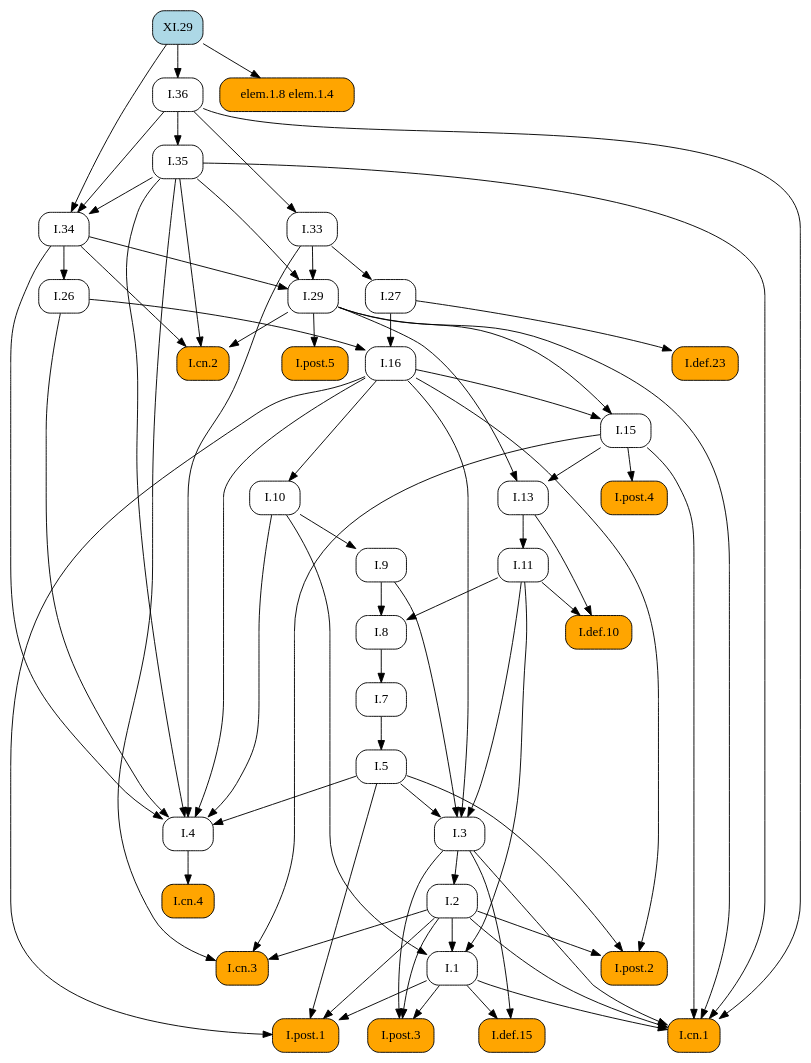
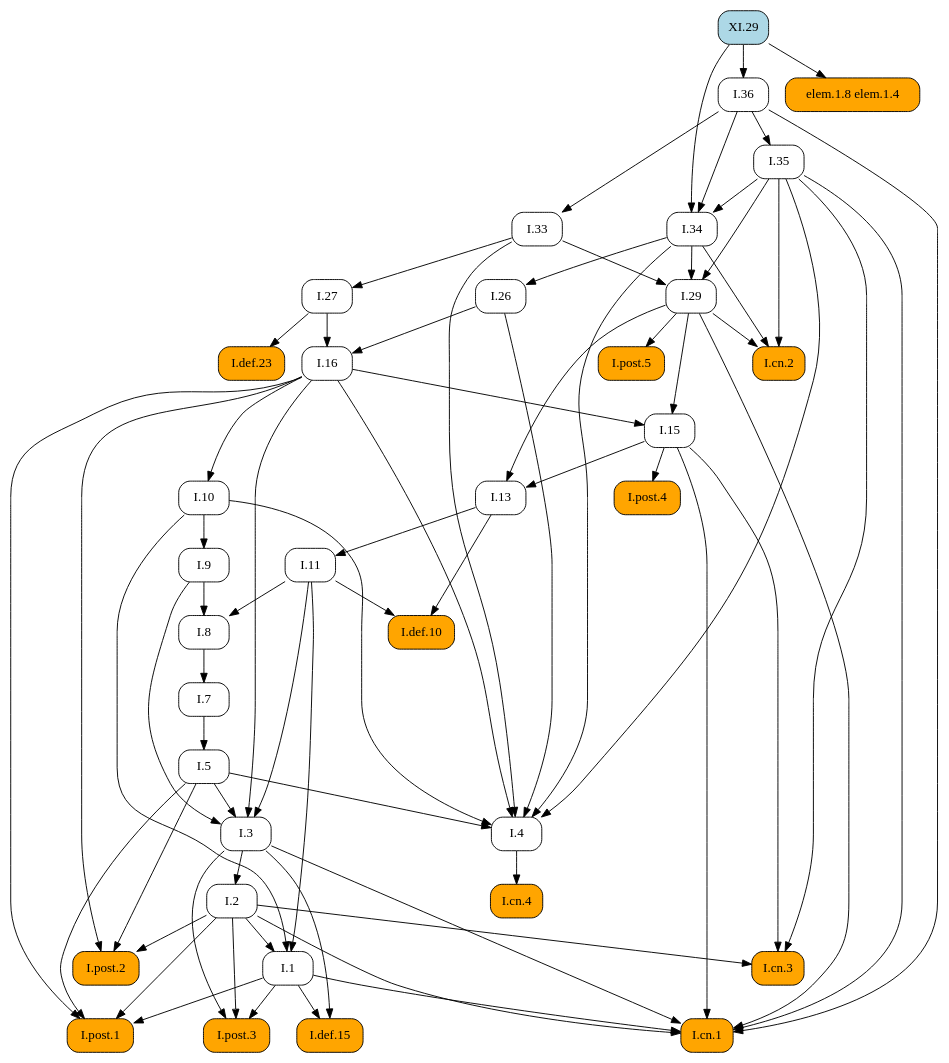
One commit to geometor/elements changed the diagram in docsrc/heath/XI/29/index.rst. Above: the diagram before and after it, drawn with Graphviz. The commit also changed other lines of this file and 484 other files, not shown here.

```diff
--- a/docsrc/heath/XI/29/index.rst
+++ b/docsrc/heath/XI/29/index.rst
@@ -41,59 +41,63 @@
    digraph {
      rankdir="TB";
      node [shape=box, style=rounded];
-     "I.def.10" [style="rounded,filled", fillcolor=orange, URL="/heath/I/def.10/", target="_top"];
-     "I.11" [URL="/heath/I/11/", target="_top"];
-     "I.post.4" [style="rounded,filled", fillcolor=orange, URL="/heath/I/post.4/", target="_top"];
-     "I.1" [URL="/heath/I/1/", target="_top"];
-     "I.26" [URL="/heath/I/26/", target="_top"];
-     "I.29" [URL="/heath/I/29/", target="_top"];
-     "I.cn.2" [style="rounded,filled", fillcolor=orange, URL="/heath/I/cn.2/", target="_top"];
+     "I.9" [URL="/heath/I/9/", target="_top"];
+     "I.33" [URL="/heath/I/33/", target="_top"];
      "I.def.15" [style="rounded,filled", fillcolor=orange, URL="/heath/I/def.15/", target="_top"];
      "I.post.3" [style="rounded,filled", fillcolor=orange, URL="/heath/I/post.3/", target="_top"];
-     "I.cn.1" [style="rounded,filled", fillcolor=orange, URL="/heath/I/cn.1/", target="_top"];
-     "I.cn.3" [style="rounded,filled", fillcolor=orange, URL="/heath/I/cn.3/", target="_top"];
-     "XI.29" [style="rounded,filled", fillcolor=lightblue, URL="/heath/XI/29/", target="_top"];
      "I.post.1" [style="rounded,filled", fillcolor=orange, URL="/heath/I/post.1/", target="_top"];
-     "I.35" [URL="/heath/I/35/", target="_top"];
-     "I.36" [URL="/heath/I/36/", target="_top"];
+     "I.def.10" [style="rounded,filled", fillcolor=orange, URL="/heath/I/def.10/", target="_top"];
+     "elem.1.8 elem.1.4" [style="rounded,filled", fillcolor=orange];
      "I.27" [URL="/heath/I/27/", target="_top"];
-     "I.7" [URL="/heath/I/7/", target="_top"];
      "I.34" [URL="/heath/I/34/", target="_top"];
      "I.3" [URL="/heath/I/3/", target="_top"];
+     "I.35" [URL="/heath/I/35/", target="_top"];
+     "I.cn.1" [style="rounded,filled", fillcolor=orange, URL="/heath/I/cn.1/", target="_top"];
+     "I.7" [URL="/heath/I/7/", target="_top"];
      "I.2" [URL="/heath/I/2/", target="_top"];
+     "I.36" [URL="/heath/I/36/", target="_top"];
+     "I.13" [URL="/heath/I/13/", target="_top"];
+     "I.post.4" [style="rounded,filled", fillcolor=orange, URL="/heath/I/post.4/", target="_top"];
      "I.4" [URL="/heath/I/4/", target="_top"];
+     "I.1" [URL="/heath/I/1/", target="_top"];
+     "I.5" [URL="/heath/I/5/", target="_top"];
+     "I.8" [URL="/heath/I/8/", target="_top"];
+     "I.cn.3" [style="rounded,filled", fillcolor=orange, URL="/heath/I/cn.3/", target="_top"];
+     "I.29" [URL="/heath/I/29/", target="_top"];
+     "I.16" [URL="/heath/I/16/", target="_top"];
+     "I.15" [URL="/heath/I/15/", target="_top"];
+     "XI.29" [style="rounded,filled", fillcolor=lightblue, URL="/heath/XI/29/", target="_top"];
+     "I.10" [URL="/heath/I/10/", target="_top"];
+     "I.11" [URL="/heath/I/11/", target="_top"];
      "I.def.23" [style="rounded,filled", fillcolor=orange, URL="/heath/I/def.23/", target="_top"];
-     "elem.1.8 elem.1.4" [style="rounded,filled", fillcolor=orange];
-     "I.13" [URL="/heath/I/13/", target="_top"];
-     "I.33" [URL="/heath/I/33/", target="_top"];
+     "I.cn.2" [style="rounded,filled", fillcolor=orange, URL="/heath/I/cn.2/", target="_top"];
+     "I.post.5" [style="rounded,filled", fillcolor=orange, URL="/heath/I/post.5/", target="_top"];
+     "I.cn.4" [style="rounded,filled", fillcolor=orange, URL="/heath/I/cn.4/", target="_top"];
      "I.post.2" [style="rounded,filled", fillcolor=orange, URL="/heath/I/post.2/", target="_top"];
-     "I.16" [URL="/heath/I/16/", target="_top"];
-     "I.9" [URL="/heath/I/9/", target="_top"];
-     "I.8" [URL="/heath/I/8/", target="_top"];
-     "I.cn.4" [style="rounded,filled", fillcolor=orange, URL="/heath/I/cn.4/", target="_top"];
-     "I.15" [URL="/heath/I/15/", target="_top"];
-     "I.post.5" [style="rounded,filled", fillcolor=orange, URL="/heath/I/post.5/", target="_top"];
-     "I.10" [URL="/heath/I/10/", target="_top"];
-     "I.5" [URL="/heath/I/5/", target="_top"];
-     "I.11" -> "I.def.10";
-     "I.13" -> "I.def.10";
-     "I.13" -> "I.11";
-     "I.15" -> "I.post.4";
-     "I.2" -> "I.1";
-     "I.10" -> "I.1";
-     "I.11" -> "I.1";
-     "I.34" -> "I.26";
-     "I.33" -> "I.29";
-     "I.34" -> "I.29";
-     "I.35" -> "I.29";
-     "I.29" -> "I.cn.2";
-     "I.34" -> "I.cn.2";
-     "I.35" -> "I.cn.2";
+     "I.26" [URL="/heath/I/26/", target="_top"];
+     "I.10" -> "I.9";
+     "I.36" -> "I.33";
      "I.1" -> "I.def.15";
      "I.3" -> "I.def.15";
      "I.1" -> "I.post.3";
      "I.2" -> "I.post.3";
      "I.3" -> "I.post.3";
+     "I.1" -> "I.post.1";
+     "I.2" -> "I.post.1";
+     "I.5" -> "I.post.1";
+     "I.16" -> "I.post.1";
+     "I.11" -> "I.def.10";
+     "I.13" -> "I.def.10";
+     "XI.29" -> "elem.1.8 elem.1.4";
+     "I.33" -> "I.27";
+     "I.35" -> "I.34";
+     "I.36" -> "I.34";
+     "XI.29" -> "I.34";
+     "I.5" -> "I.3";
+     "I.9" -> "I.3";
+     "I.11" -> "I.3";
+     "I.16" -> "I.3";
+     "I.36" -> "I.35";
      "I.1" -> "I.cn.1";
      "I.2" -> "I.cn.1";
      "I.3" -> "I.cn.1";
@@ -101,25 +105,12 @@
      "I.29" -> "I.cn.1";
      "I.35" -> "I.cn.1";
      "I.36" -> "I.cn.1";
-     "I.2" -> "I.cn.3";
-     "I.15" -> "I.cn.3";
-     "I.35" -> "I.cn.3";
-     "I.1" -> "I.post.1";
-     "I.2" -> "I.post.1";
-     "I.5" -> "I.post.1";
-     "I.16" -> "I.post.1";
-     "I.36" -> "I.35";
+     "I.8" -> "I.7";
+     "I.3" -> "I.2";
      "XI.29" -> "I.36";
-     "I.33" -> "I.27";
-     "I.8" -> "I.7";
-     "I.35" -> "I.34";
-     "I.36" -> "I.34";
-     "XI.29" -> "I.34";
-     "I.5" -> "I.3";
-     "I.9" -> "I.3";
-     "I.11" -> "I.3";
-     "I.16" -> "I.3";
-     "I.3" -> "I.2";
+     "I.15" -> "I.13";
+     "I.29" -> "I.13";
+     "I.15" -> "I.post.4";
      "I.5" -> "I.4";
      "I.10" -> "I.4";
      "I.16" -> "I.4";
@@ -127,23 +118,32 @@
      "I.33" -> "I.4";
      "I.34" -> "I.4";
      "I.35" -> "I.4";
+     "I.2" -> "I.1";
+     "I.10" -> "I.1";
+     "I.11" -> "I.1";
+     "I.7" -> "I.5";
+     "I.9" -> "I.8";
+     "I.11" -> "I.8";
+     "I.2" -> "I.cn.3";
+     "I.15" -> "I.cn.3";
+     "I.35" -> "I.cn.3";
+     "I.33" -> "I.29";
+     "I.34" -> "I.29";
+     "I.35" -> "I.29";
+     "I.26" -> "I.16";
+     "I.27" -> "I.16";
+     "I.16" -> "I.15";
+     "I.29" -> "I.15";
+     "I.16" -> "I.10";
+     "I.13" -> "I.11";
      "I.27" -> "I.def.23";
-     "XI.29" -> "elem.1.8 elem.1.4";
-     "I.15" -> "I.13";
-     "I.29" -> "I.13";
-     "I.36" -> "I.33";
+     "I.29" -> "I.cn.2";
+     "I.34" -> "I.cn.2";
+     "I.35" -> "I.cn.2";
+     "I.29" -> "I.post.5";
+     "I.4" -> "I.cn.4";
      "I.2" -> "I.post.2";
      "I.5" -> "I.post.2";
      "I.16" -> "I.post.2";
-     "I.26" -> "I.16";
-     "I.27" -> "I.16";
-     "I.10" -> "I.9";
-     "I.9" -> "I.8";
-     "I.11" -> "I.8";
-     "I.4" -> "I.cn.4";
-     "I.16" -> "I.15";
-     "I.29" -> "I.15";
-     "I.29" -> "I.post.5";
-     "I.16" -> "I.10";
-     "I.7" -> "I.5";
+     "I.34" -> "I.26";
    }
```
